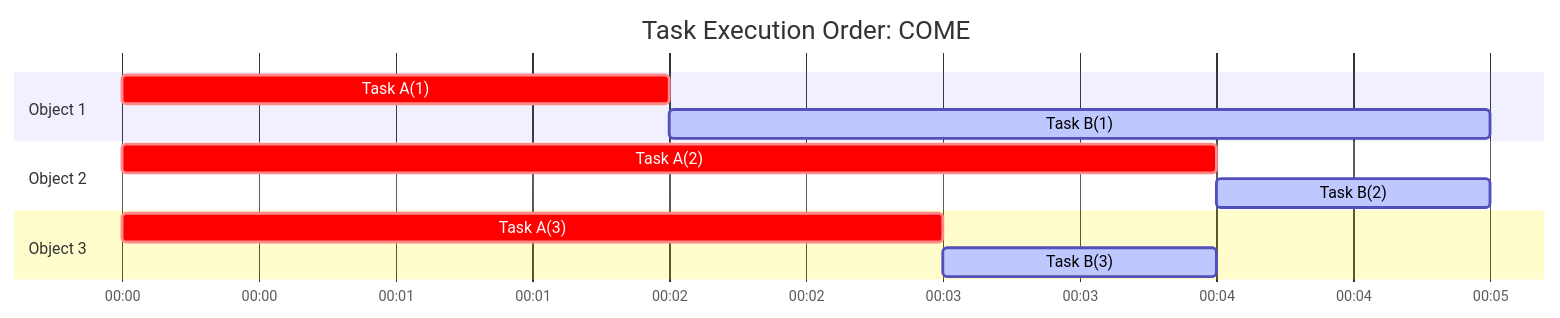
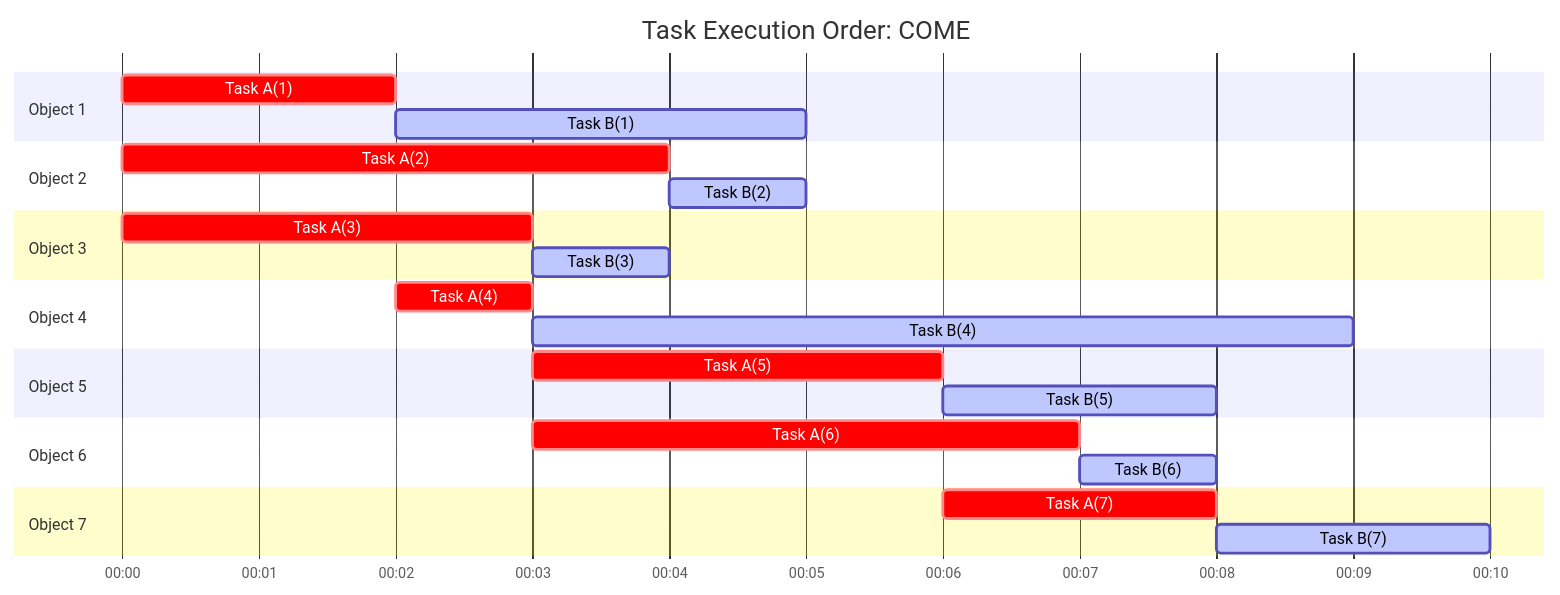
Before and after one commit to GunseiKPaseri/promise-array-parallel: the first of 2 diagrams in README.md, drawn with Mermaid. The commit also changed other lines of this file, not shown here.

Commit message:
fix: order gantt

````diff
--- a/README.md
+++ b/README.md
@@ -90,18 +90,34 @@
 ```mermaid
 gantt
     title Task Execution Order: COME
     dateFormat  HH:mm:ss
     axisFormat %M:%S
     
     section Object 1
     Task A(1): crit, a1, 00:00:00, 2s
     Task B(1): active, b1, after a1, 3s
     
     section Object 2
     Task A(2): crit, a2, 00:00:00, 4s
     Task B(2): active, b2, after a2, 1s
     
     section Object 3
     Task A(3): crit, a3, 00:00:00, 3s
     Task B(3): active, b3, after a3, 1s
+    
+    section Object 4
+    Task A(4): crit, a4, after a1, 1s
+    Task B(4): active, b4, after a4, 6s
+    
+    section Object 5
+    Task A(5): crit, a5, after a3, 3s
+    Task B(5): active, b5, after a5, 2s
+    
+    section Object 6
+    Task A(6): crit, a6, after a4, 4s
+    Task B(6): active, b6, after a6, 1s
+    
+    section Object 7
+    Task A(7): crit, a7, after a5, 2s
+    Task B(7): active, b7, after a7, 2s
 ```
````
